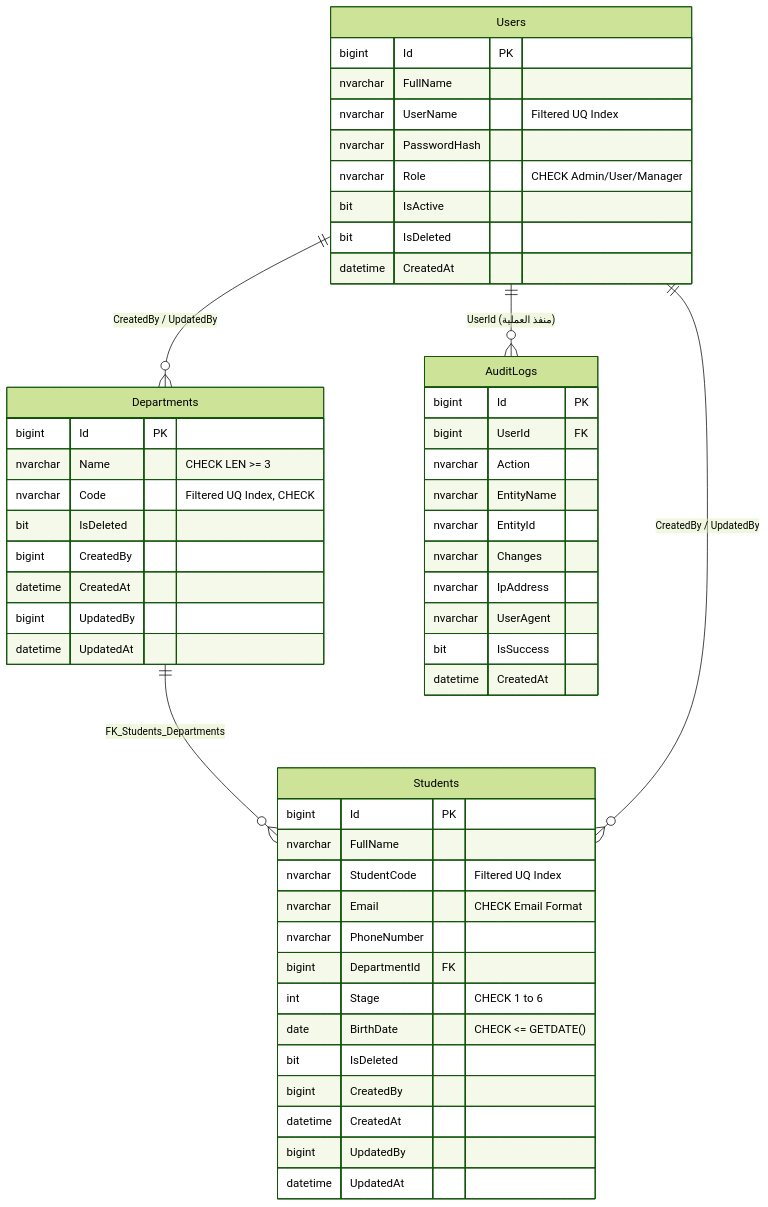
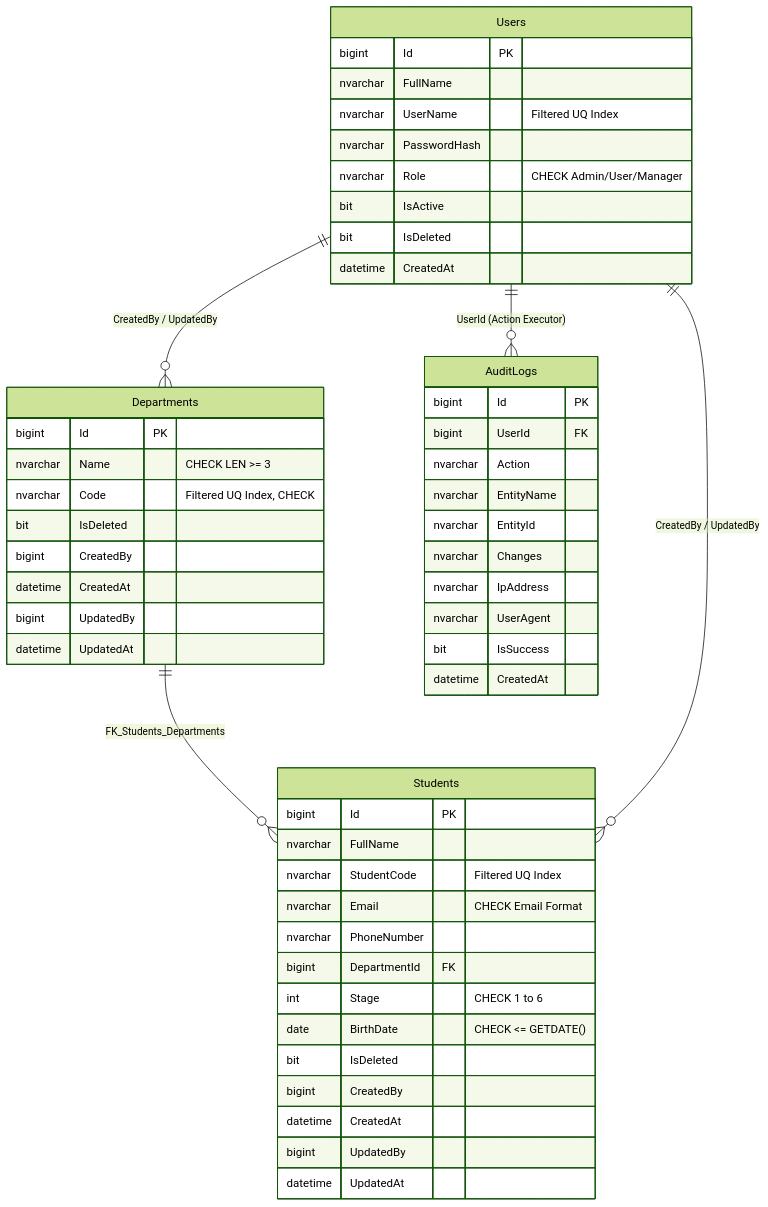
The diagram in Documentation/Database-Guide.md (Abbas-F-R/Training_Project), drawn with Mermaid (forest theme) before and after one commit. The commit also changed other lines of this file and 111 other files, not shown here.

````diff
--- a/Documentation/Database-Guide.md
+++ b/Documentation/Database-Guide.md
@@ -36,58 +36,58 @@
 ```mermaid
 erDiagram
     Departments ||--o{ Students : "FK_Students_Departments"
     Users ||--o{ Students : "CreatedBy / UpdatedBy"
     Users ||--o{ Departments : "CreatedBy / UpdatedBy"
-    Users ||--o{ AuditLogs : "UserId (منفذ العملية)"
+    Users ||--o{ AuditLogs : "UserId (Action Executor)"
 
     AuditLogs {
         bigint Id PK
         bigint UserId FK
         nvarchar Action
         nvarchar EntityName
         nvarchar EntityId
         nvarchar Changes
         nvarchar IpAddress
         nvarchar UserAgent
         bit IsSuccess
         datetime CreatedAt
     }
 
     Departments {
         bigint Id PK
         nvarchar Name "CHECK LEN >= 3"
         nvarchar Code "Filtered UQ Index, CHECK"
         bit IsDeleted
         bigint CreatedBy
         datetime CreatedAt
         bigint UpdatedBy
         datetime UpdatedAt
     }
 
     Students {
         bigint Id PK
         nvarchar FullName
         nvarchar StudentCode "Filtered UQ Index"
         nvarchar Email "CHECK Email Format"
         nvarchar PhoneNumber
         bigint DepartmentId FK
         int Stage "CHECK 1 to 6"
         date BirthDate "CHECK <= GETDATE()"
         bit IsDeleted
         bigint CreatedBy
         datetime CreatedAt
         bigint UpdatedBy
         datetime UpdatedAt
     }
 
     Users {
         bigint Id PK
         nvarchar FullName
         nvarchar UserName "Filtered UQ Index"
         nvarchar PasswordHash
         nvarchar Role "CHECK Admin/User/Manager"
         bit IsActive
         bit IsDeleted
         datetime CreatedAt
     }
 ```
````
